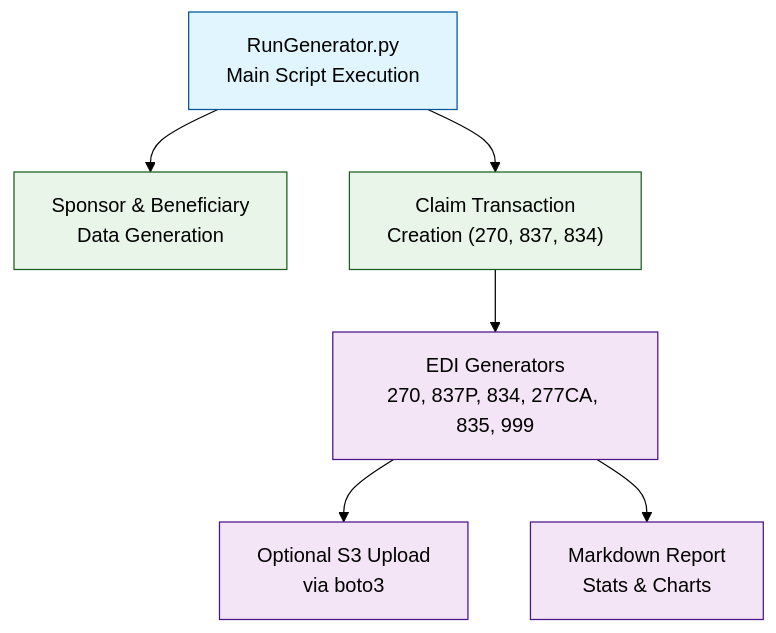
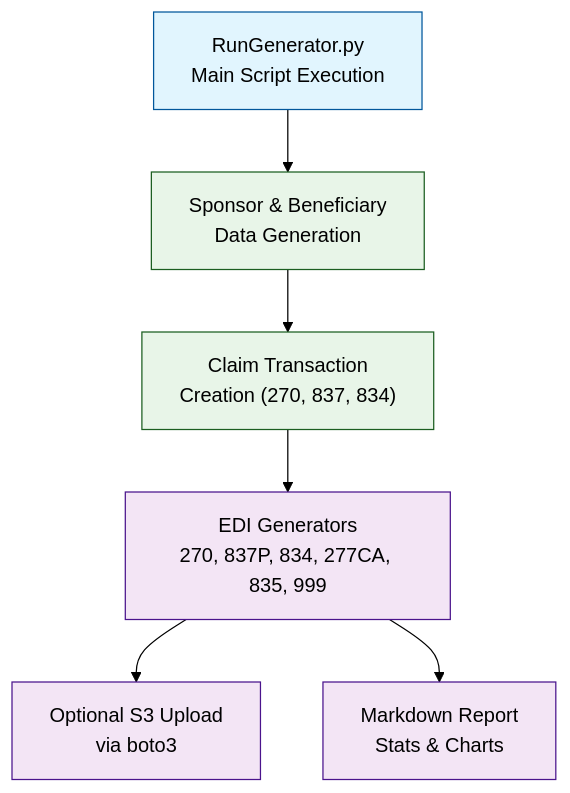
One commit to dhagan-va/intern-2025 changed the diagram in test-tools/DataGen/README.md. Above: the diagram before and after it, drawn with Mermaid (forest theme).

Commit message:
update visual

````diff
--- a/test-tools/DataGen/README.md
+++ b/test-tools/DataGen/README.md
@@ -5,23 +5,23 @@
 ```mermaid
 graph TD
     Generator["RunGenerator.py<br/>Main Script Execution"]
     SponsorGen["Sponsor & Beneficiary<br/>Data Generation"]
     ClaimGen["Claim Transaction<br/>Creation (270, 837, 834)"]
     EDIGen["EDI Generators<br/>270, 837P, 834, 277CA, 835, 999"]
     S3Upload["Optional S3 Upload<br/>via boto3"]
     Markdown["Markdown Report<br/>Stats & Charts"]
 
     Generator --> SponsorGen
-    Generator --> ClaimGen
+    SponsorGen --> ClaimGen
     ClaimGen --> EDIGen
     EDIGen --> S3Upload
     EDIGen --> Markdown
 
     classDef gen fill:#e1f5fe,stroke:#01579b
     classDef edi fill:#f3e5f5,stroke:#4a148c
     classDef data fill:#e8f5e8,stroke:#1b5e20
 
     class Generator gen
     class SponsorGen,ClaimGen data
     class EDIGen,S3Upload,Markdown edi
 ```
````
